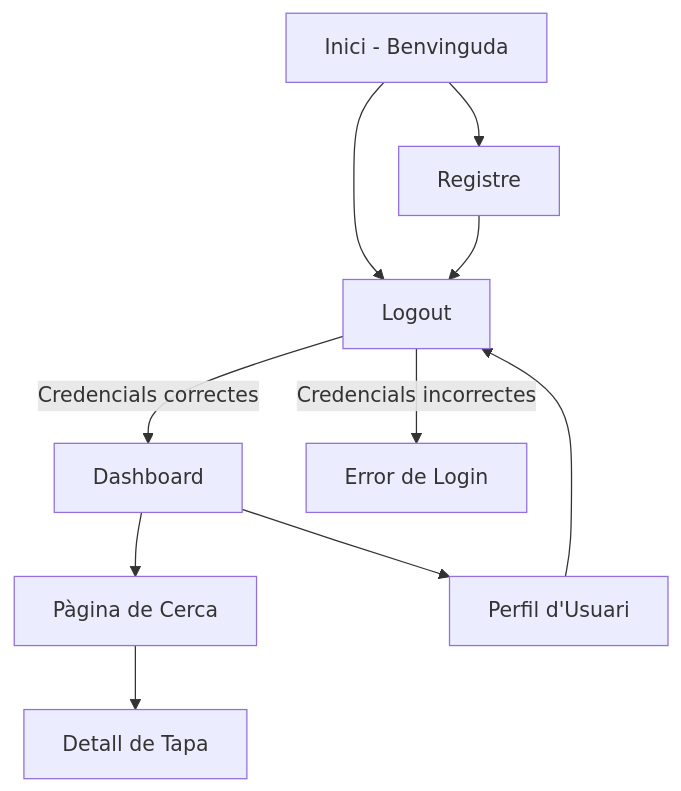
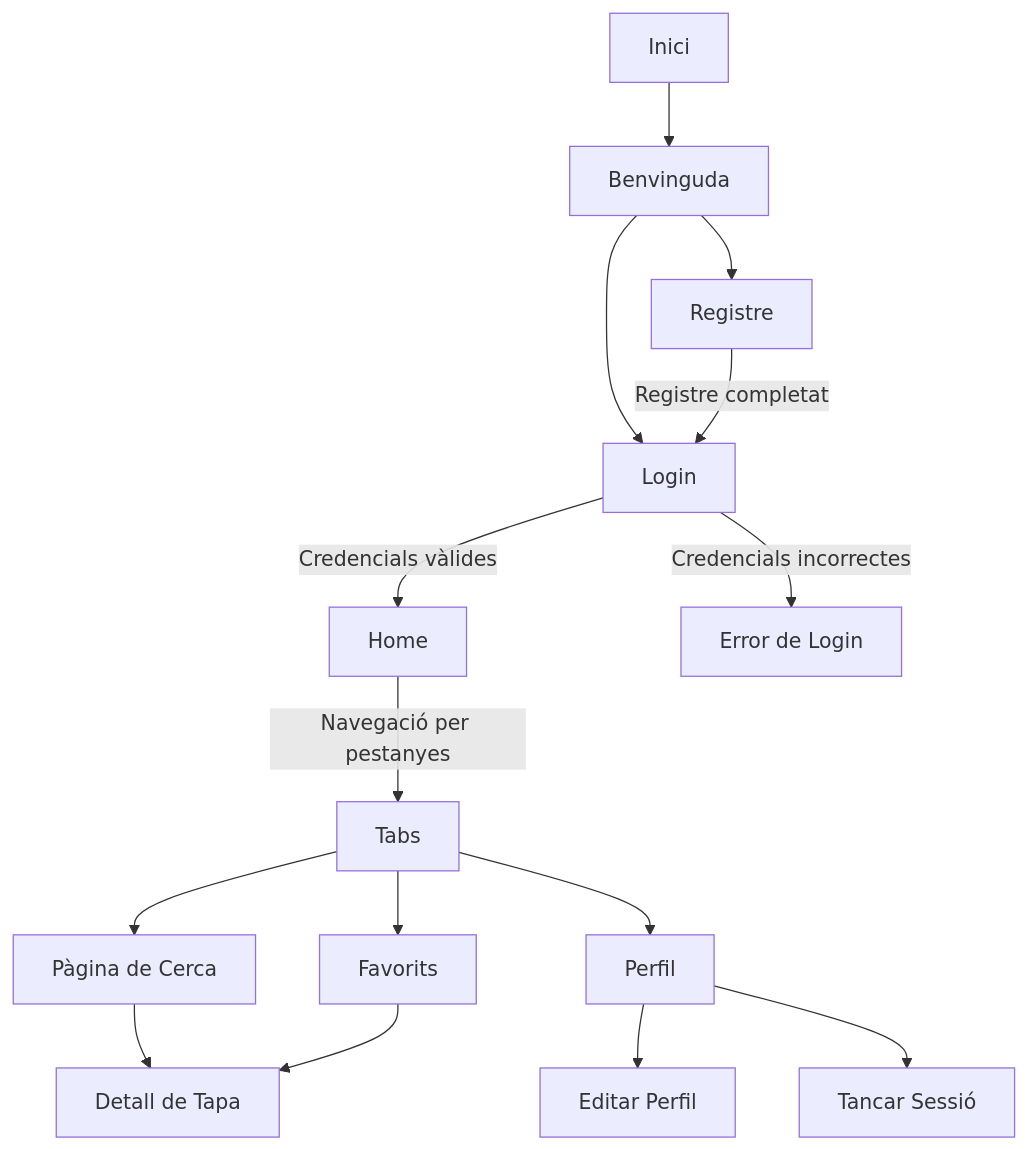
The diagram in chartd/diagramaApp.mmd (lauragrr1/tapatapp), drawn with Mermaid before and after one commit.

```diff
--- a/chartd/diagramaApp.mmd
+++ b/chartd/diagramaApp.mmd
@@ -1,18 +1,18 @@
 flowchart TD
-    A[Inici - Benvinguda] --> B[Login]
-    A --> C[Registre]
-    B -->|Credencials correctes| D[Dashboard]
-    B -->|Credencials incorrectes| E[Error de Login]
-    C --> B
-    D --> F[Pàgina de Cerca]
-    D --> G[Perfil d'Usuari]
-    F --> H[Detall de Tapa]
-    G --> B[Logout]
+    Start[Inici] --> Welcome[Benvinguda]
+    Welcome --> Login[Login]
+    Welcome --> Register[Registre]
+    Login -->|Credencials vàlides| Home[Home]
+    Login -->|Credencials incorrectes| LoginError[Error de Login]
+    Register -->|Registre completat| Login
 
-    %% Informació d'Entrada i Vista
-    classDef entrada fill
-    classDef vista fill
+    Home -->|Navegació per pestanyes| Tabs
+    Tabs --> Search[Pàgina de Cerca]
+    Tabs --> Favorites[Favorits]
+    Tabs --> UserProfile[Perfil]
 
-    class A,C entrada
-    class B,E vista
-    class D,F,G vista
+    Search --> TapaDetails[Detall de Tapa]
+    Favorites --> TapaDetails
+
+    UserProfile --> EditProfile[Editar Perfil]
+    UserProfile --> Logout[Tancar Sessió]
```
